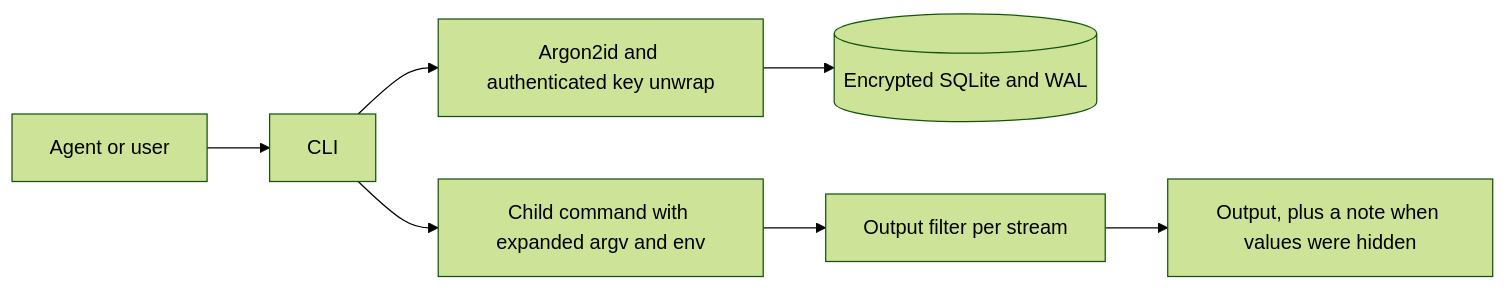
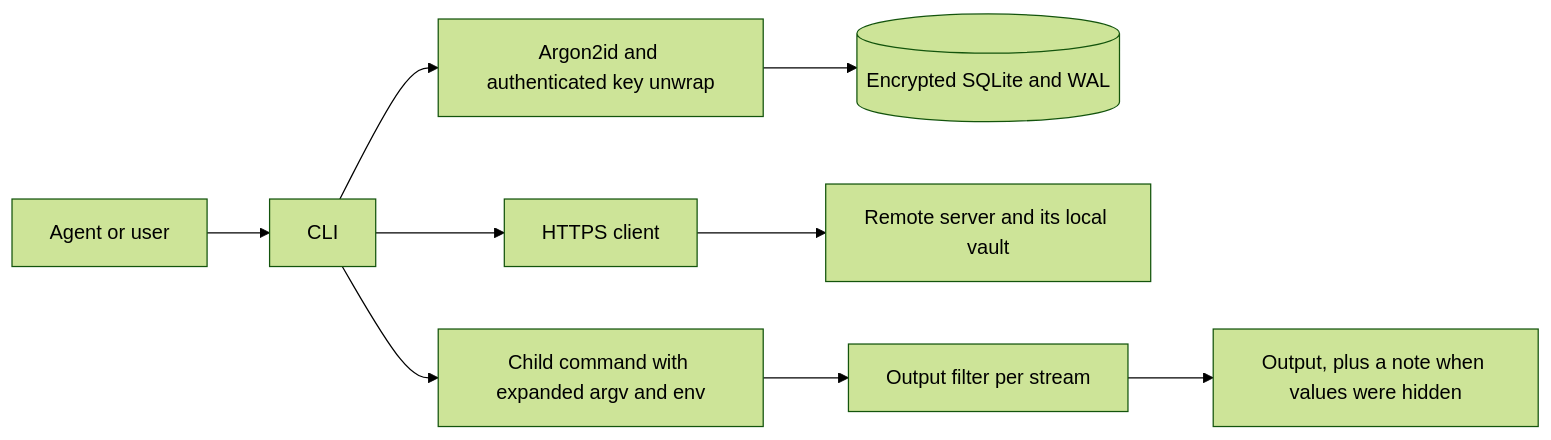
One commit to agyard/agsecret changed the diagram in docs/architecture.md. Above: the diagram before and after it, drawn with Mermaid (forest theme). The commit also changed other lines of this file and 21 other files, not shown here.

````diff
--- a/docs/architecture.md
+++ b/docs/architecture.md
@@ -39,9 +39,11 @@
 ```mermaid
 flowchart LR
   A[Agent or user] --> C[CLI]
   C --> U[Argon2id and authenticated key unwrap]
   U --> S[(Encrypted SQLite and WAL)]
+  C --> H[HTTPS client]
+  H --> V[Remote server and its local vault]
   C --> X[Child command with expanded argv and env]
   X --> R[Output filter per stream]
   R --> O[Output, plus a note when values were hidden]
 ```
````
